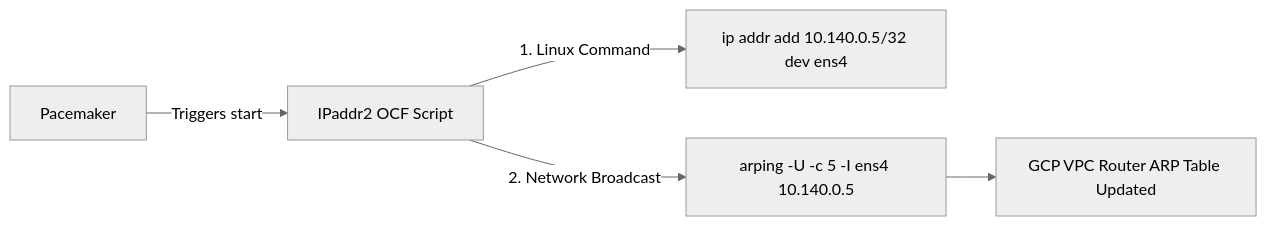
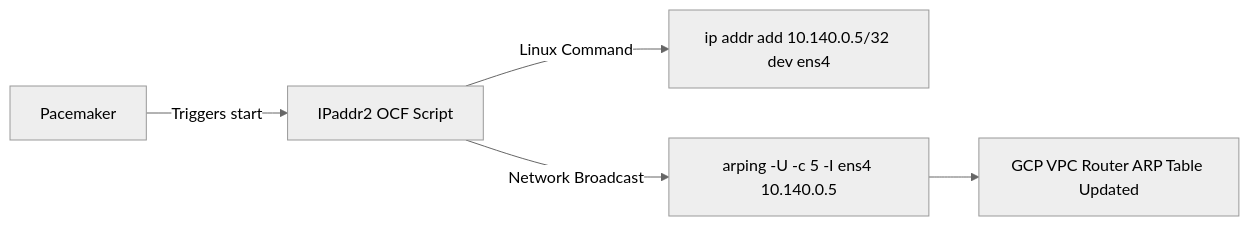
The third of 14 diagrams in nfs-cluster/HA-NFS-Ceph-Architecture-Guide.md (seang454/nfs-cluster), drawn with Mermaid (neutral theme) before and after one commit. The commit also changed other lines of this file, not shown here.

````diff
--- a/nfs-cluster/HA-NFS-Ceph-Architecture-Guide.md
+++ b/nfs-cluster/HA-NFS-Ceph-Architecture-Guide.md
@@ -145,7 +209,7 @@
 ```mermaid
 flowchart LR
-    Pace["Pacemaker"] -->|Triggers start| OCF["IPaddr2 OCF Script"]
-    OCF -->|1. Linux Command| IPCmd["ip addr add 10.140.0.5/32 dev ens4"]
-    OCF -->|2. Network Broadcast| ARPCmd["arping -U -c 5 -I ens4 10.140.0.5"]
+    Pace["Pacemaker"] -->|"Triggers start"| OCF["IPaddr2 OCF Script"]
+    OCF -->|"Linux Command"| IPCmd["ip addr add 10.140.0.5/32 dev ens4"]
+    OCF -->|"Network Broadcast"| ARPCmd["arping -U -c 5 -I ens4 10.140.0.5"]
     ARPCmd --> Router["GCP VPC Router ARP Table Updated"]
 ```
````
